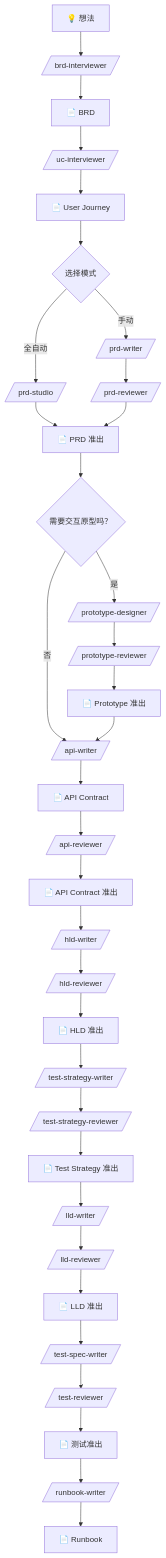
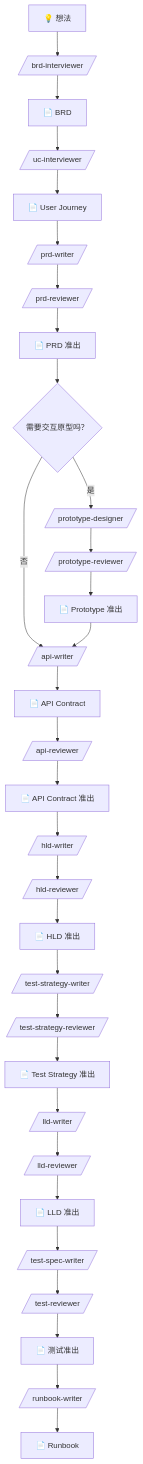
The first of 3 diagrams in plugins/testany-eng/README.md (walternater/testany-agent-skills), drawn with Mermaid before and after one commit. The commit also changed other lines of this file and 113 other files, not shown here.

````diff
--- a/plugins/testany-eng/README.md
+++ b/plugins/testany-eng/README.md
@@ -50,39 +52,34 @@
 ```mermaid
 flowchart TD
     A[💡 想法] --> B[/brd-interviewer/]
     B --> C[📄 BRD]
     C --> D[/uc-interviewer/]
     D --> E[📄 User Journey]
-    E --> F{选择模式}
-
-    F -->|手动| G[/prd-writer/]
-    F -->|全自动| H[/prd-studio/]
-
+    E --> G[/prd-writer/]
     G --> I[/prd-reviewer/]
-    H --> J[📄 PRD 准出]
-    I --> J
+    I --> J[📄 PRD 准出]
 
     J --> K{需要交互原型吗？}
     K -->|是| L[/prototype-designer/]
     L --> M[/prototype-reviewer/]
     M --> N[📄 Prototype 准出]
     K -->|否| O[/api-writer/]
     N --> O
     O --> P[📄 API Contract]
     P --> Q[/api-reviewer/]
     Q --> R[📄 API Contract 准出]
     R --> S[/hld-writer/]
     S --> T[/hld-reviewer/]
     T --> U[📄 HLD 准出]
     U --> V[/test-strategy-writer/]
     V --> W[/test-strategy-reviewer/]
     W --> X[📄 Test Strategy 准出]
     X --> Y[/lld-writer/]
     Y --> Z[/lld-reviewer/]
     Z --> AA[📄 LLD 准出]
     AA --> AB[/test-spec-writer/]
     AB --> AC[/test-reviewer/]
     AC --> AD[📄 测试准出]
     AD --> AE[/runbook-writer/]
     AE --> AF[📄 Runbook]
 ```
````
